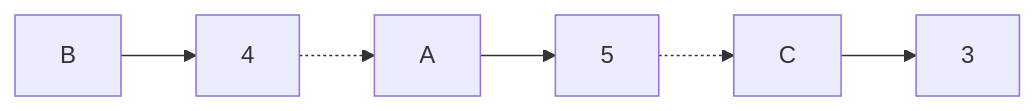
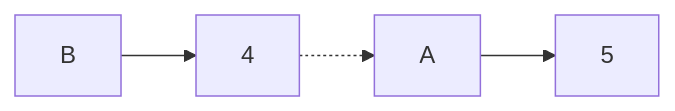
One commit to HSE-algo-23-crow/manual_tasks changed the eighth of 9 diagrams in task_13/gigacode_task_13.md. Above: the diagram before and after it, drawn with Mermaid. The commit also changed other lines of this file, not shown here.

````diff
--- a/task_13/gigacode_task_13.md
+++ b/task_13/gigacode_task_13.md
@@ -225,4 +226,4 @@
 ```mermaid
 graph LR
-    B --> 4 -.-> A --> 5 -.-> C --> 3
+    B --> 4 -.-> A --> 5
 ```
````
